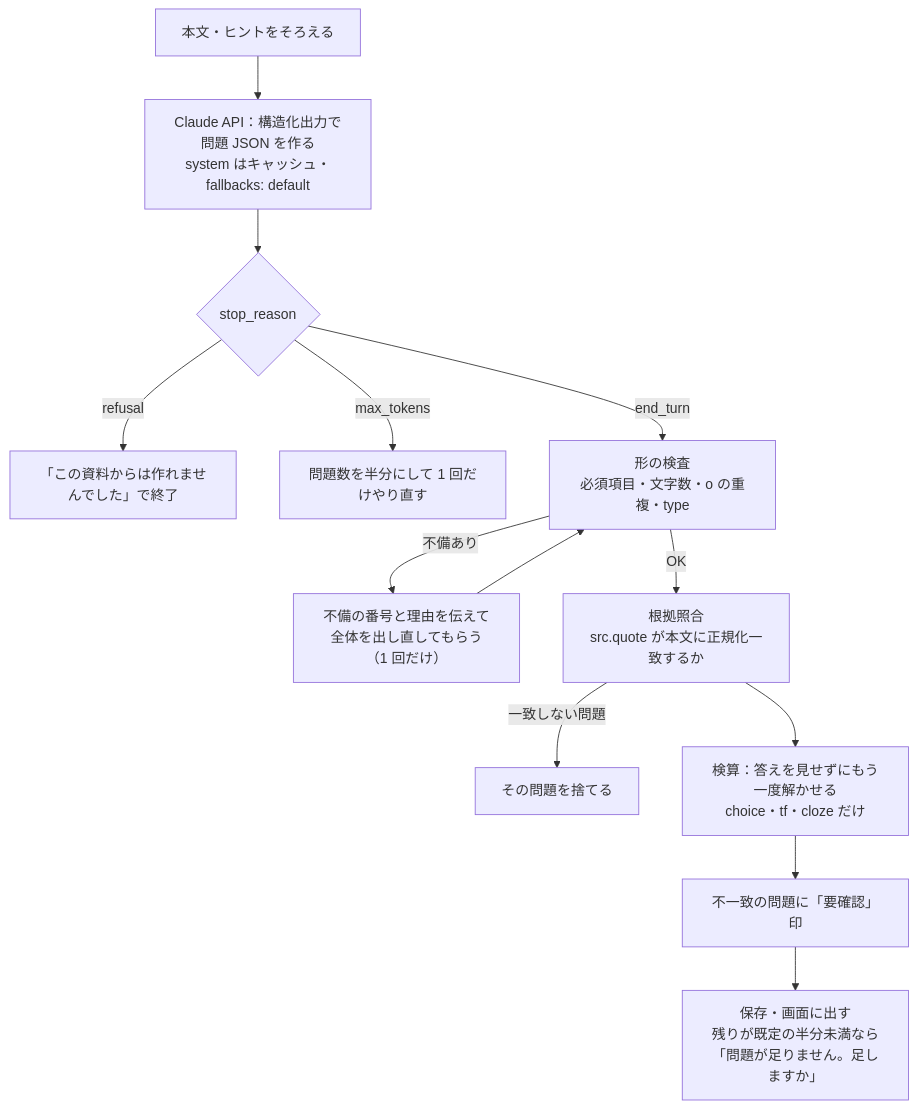
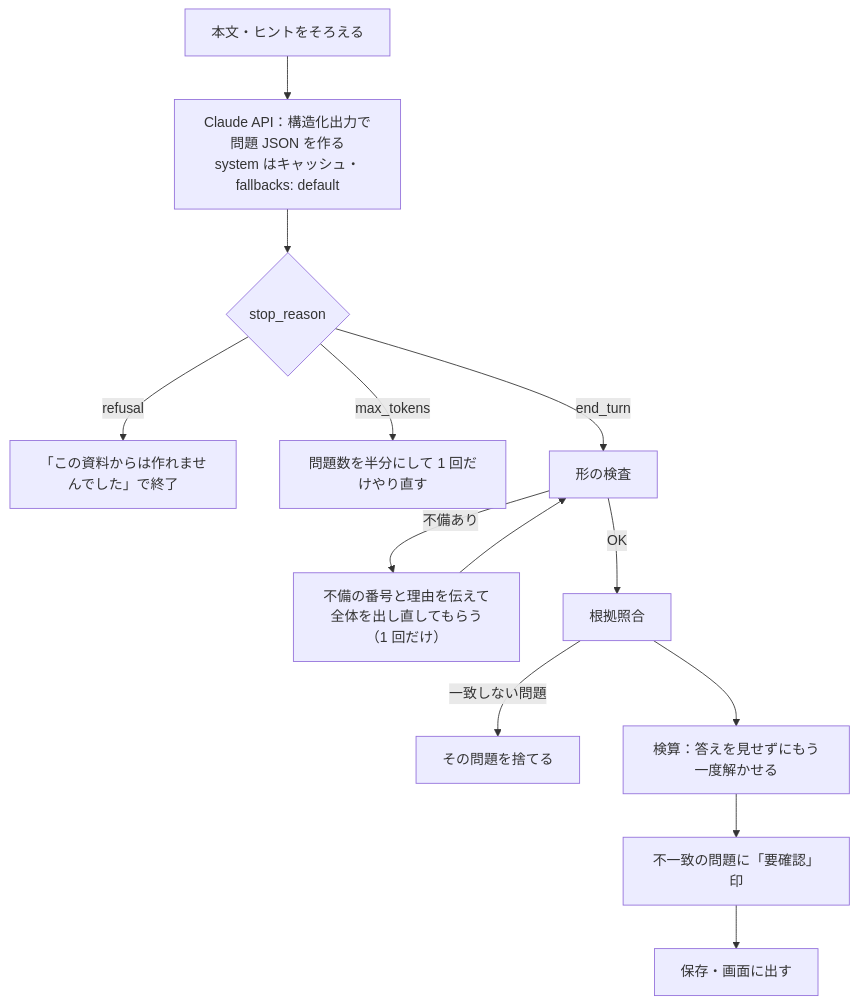
One commit to Peyangpiece/Daigaku-Note changed the fourth of 6 diagrams in docs/SPEC.md. Above: the diagram before and after it, drawn with Mermaid. The commit also changed other lines of this file and 1 other file, not shown here.

````diff
--- a/docs/SPEC.md
+++ b/docs/SPEC.md
@@ -735,15 +1032,15 @@
 ```mermaid
 flowchart TD
   A[本文・ヒントをそろえる] --> B[Claude API：構造化出力で問題 JSON を作る<br/>system はキャッシュ・fallbacks: default]
   B --> C{stop_reason}
   C -- refusal --> X1[「この資料からは作れませんでした」で終了]
   C -- max_tokens --> X2[問題数を半分にして 1 回だけやり直す]
-  C -- end_turn --> D[形の検査<br/>必須項目・文字数・o の重複・type]
-  D -- 不備あり --> E[不備の番号と理由を伝えて<br/>全体を出し直してもらう（1 回だけ）]
+  C -- end_turn --> D[形の検査]
+  D -- 不備あり --> E[不備の番号と理由を伝えて全体を出し直してもらう（1 回だけ）]
   E --> D
-  D -- OK --> F[根拠照合<br/>src.quote が本文に正規化一致するか]
+  D -- OK --> F[根拠照合]
   F -- 一致しない問題 --> G[その問題を捨てる]
-  F --> H[検算：答えを見せずにもう一度解かせる<br/>choice・tf・cloze だけ]
+  F --> H[検算：答えを見せずにもう一度解かせる]
   H --> I[不一致の問題に「要確認」印]
-  I --> J[保存・画面に出す<br/>残りが既定の半分未満なら「問題が足りません。足しますか」]
+  I --> J[保存・画面に出す]
 ```
````
